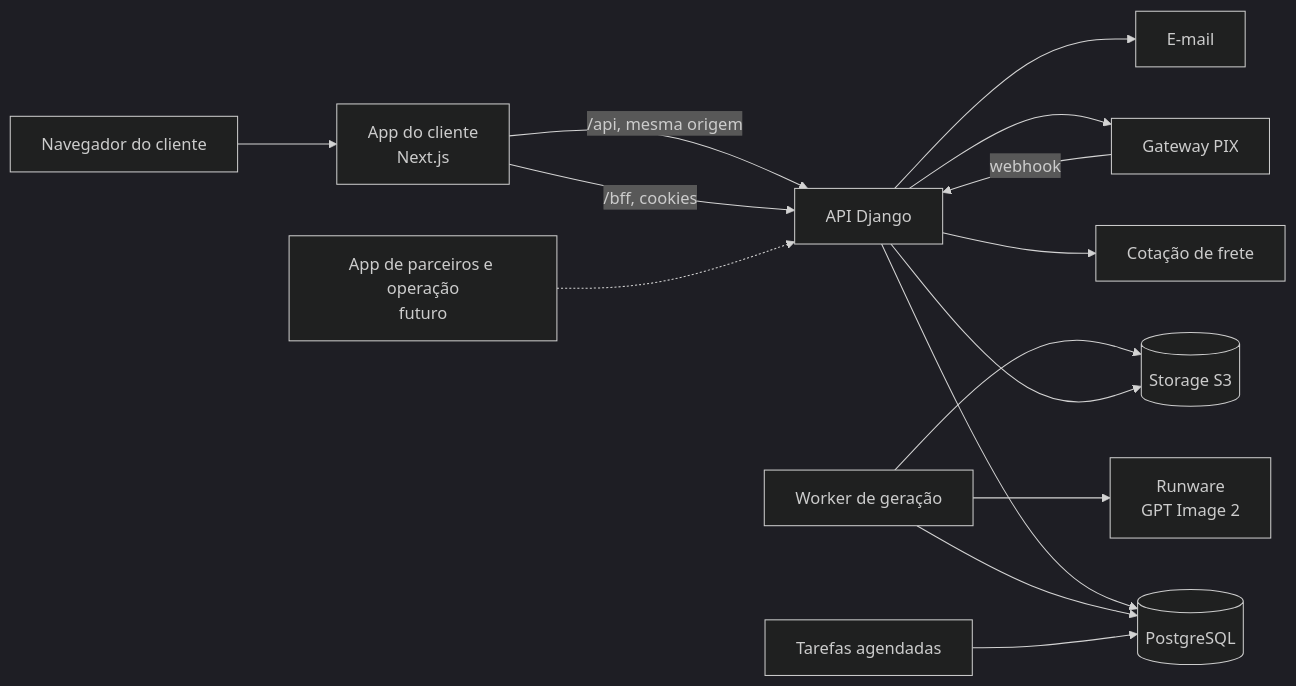
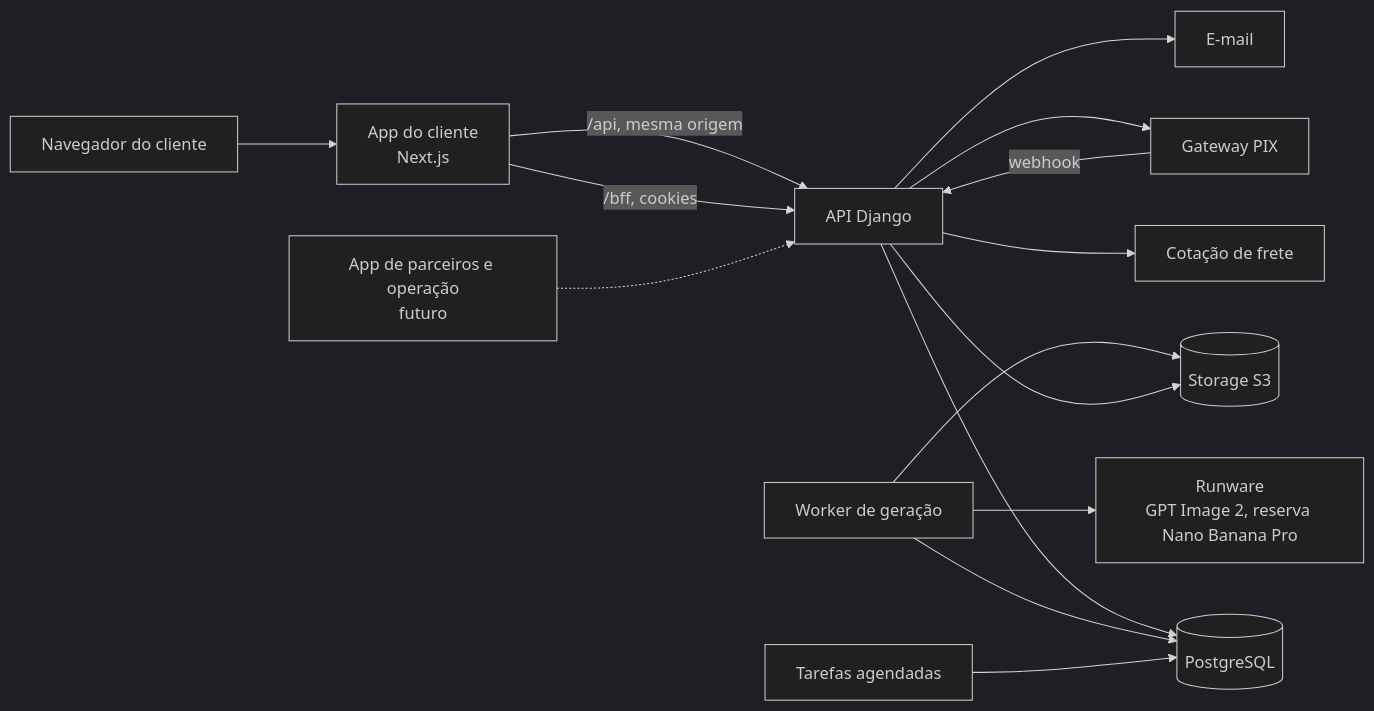
Before and after one commit to jeference/kubo: the first of 5 diagrams in docs/ARQUITETURA.md, drawn with Mermaid (dark theme). The commit also changed other lines of this file and 16 other files, not shown here.

First line of the commit message:
Fallback de modelo de imagem: Nano Banana Pro quando o GPT Image 2 falha

````diff
--- a/docs/ARQUITETURA.md
+++ b/docs/ARQUITETURA.md
@@ -17,17 +17,17 @@
 ```mermaid
 flowchart LR
     C[Navegador do cliente] --> W[App do cliente<br/>Next.js]
     W -->|/api, mesma origem| A[API Django]
     W -->|/bff, cookies| A
     A --> DB[(PostgreSQL)]
     K[Worker de geração] --> DB
     S[Tarefas agendadas] --> DB
-    K --> R[Runware<br/>GPT Image 2]
+    K --> R[Runware<br/>GPT Image 2, reserva Nano Banana Pro]
     K --> ST[(Storage S3)]
     A --> ST
     A --> P[Gateway PIX]
     P -->|webhook| A
     A --> F[Cotação de frete]
     A --> E[E-mail]
     PA[App de parceiros e operação<br/>futuro] -.-> A
 ```
````
